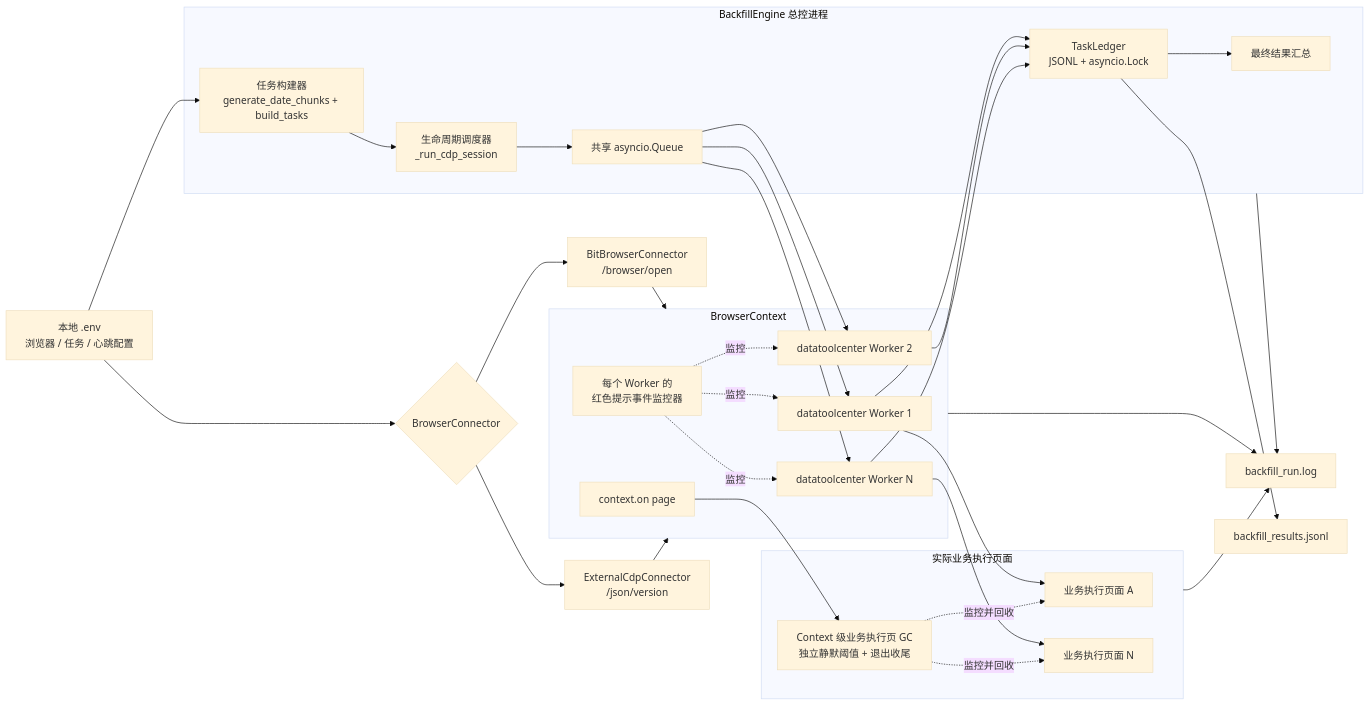
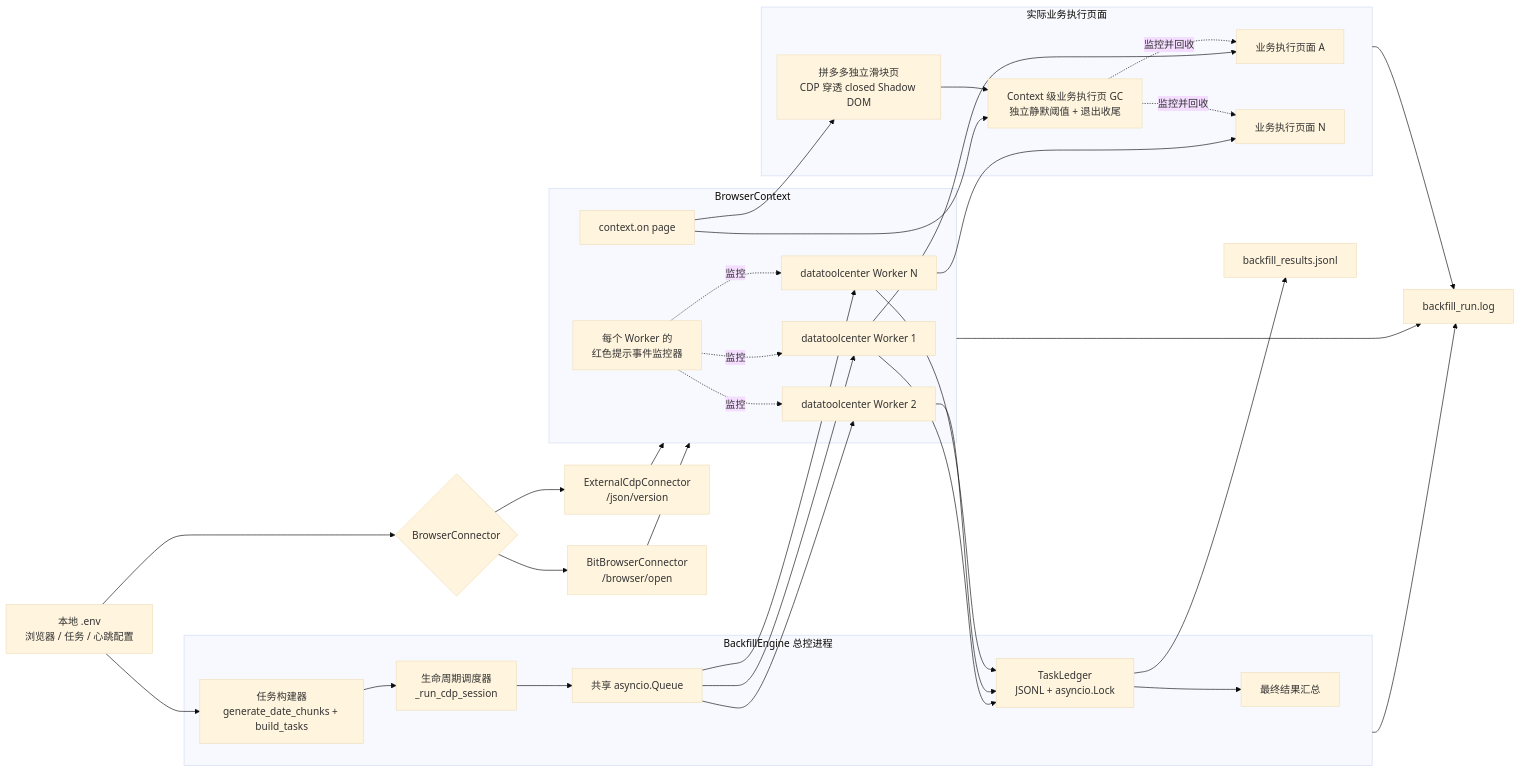
Before and after one commit to liao084/BitBrowser-Backfill-Engine: the second of 15 diagrams in ARCHITECTURE.md, drawn with Mermaid (base theme). The commit also changed other lines of this file and 8 other files, not shown here.

Commit message:
docs: refresh architecture and split env templates

````diff
--- a/ARCHITECTURE.md
+++ b/ARCHITECTURE.md
@@ -64,59 +65,61 @@
 ```mermaid
 flowchart LR
     Config["本地 .env<br/>浏览器 / 任务 / 心跳配置"]
     Connector{"BrowserConnector"}
     BitAPI["BitBrowserConnector<br/>/browser/open"]
     External["ExternalCdpConnector<br/>/json/version"]
 
     subgraph Engine["BackfillEngine 总控进程"]
         Builder["任务构建器<br/>generate_date_chunks + build_tasks"]
         Pool["共享 asyncio.Queue"]
         Scheduler["生命周期调度器<br/>_run_cdp_session"]
         Ledger["TaskLedger<br/>JSONL + asyncio.Lock"]
         Summary["最终结果汇总"]
     end
 
     subgraph Context["BrowserContext"]
         W1["datatoolcenter Worker 1"]
         W2["datatoolcenter Worker 2"]
         WN["datatoolcenter Worker N"]
         ToastGuard["每个 Worker 的<br/>红色提示事件监控器"]
         PageEvent["context.on page"]
     end
 
     subgraph Business["实际业务执行页面"]
         JD1["业务执行页面 A"]
         JDN["业务执行页面 N"]
+        Slider["拼多多独立滑块页<br/>CDP 穿透 closed Shadow DOM"]
         GC["Context 级业务执行页 GC<br/>独立静默阈值 + 退出收尾"]
     end
 
     Log["backfill_run.log"]
     Result["backfill_results.jsonl"]
 
     Config --> Connector
     Connector --> BitAPI
     Connector --> External
     BitAPI --> Context
     External --> Context
     Config --> Builder --> Scheduler
     Scheduler --> Pool
     Pool --> W1
     Pool --> W2
     Pool --> WN
     W1 --> Ledger
     W2 --> Ledger
     WN --> Ledger
     Ledger --> Result
     Ledger --> Summary
     ToastGuard -.监控.-> W1
     ToastGuard -.监控.-> W2
     ToastGuard -.监控.-> WN
     W1 --> JD1
     WN --> JDN
     PageEvent --> GC
+    PageEvent --> Slider --> GC
     GC -.监控并回收.-> JD1
     GC -.监控并回收.-> JDN
     Engine --> Log
     Context --> Log
     Business --> Log
 ```
````
